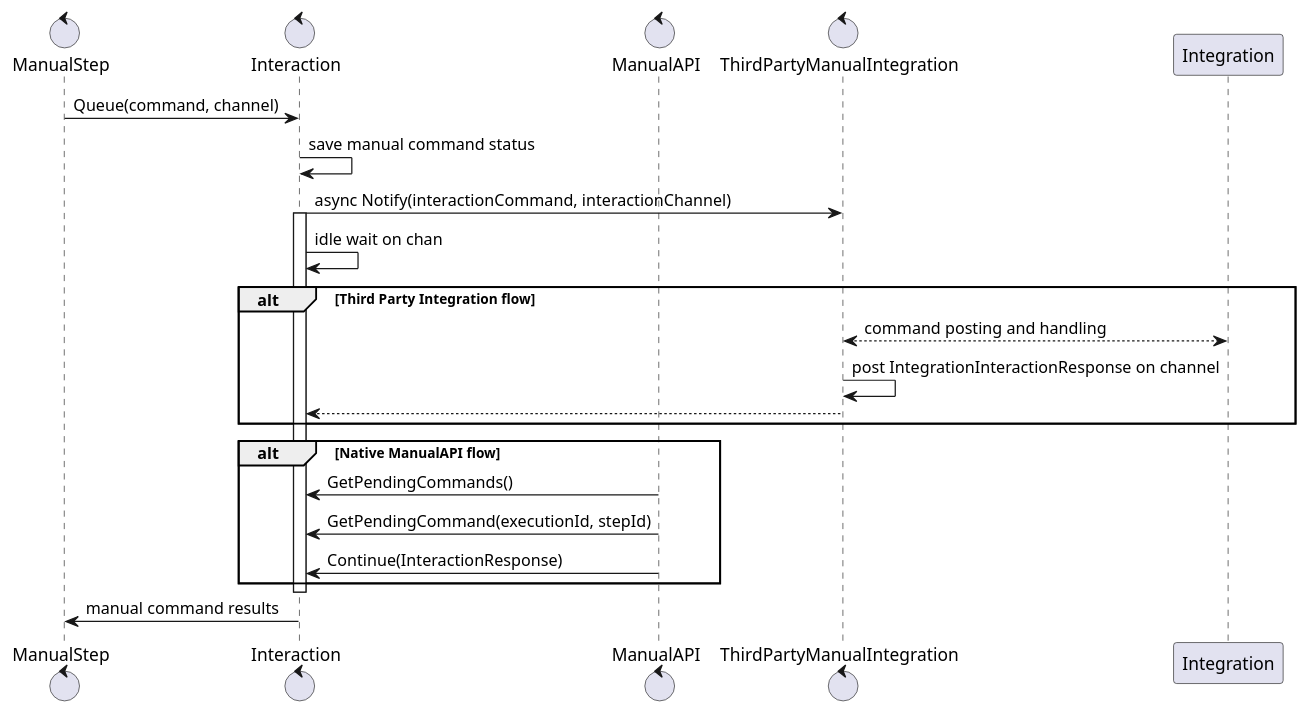
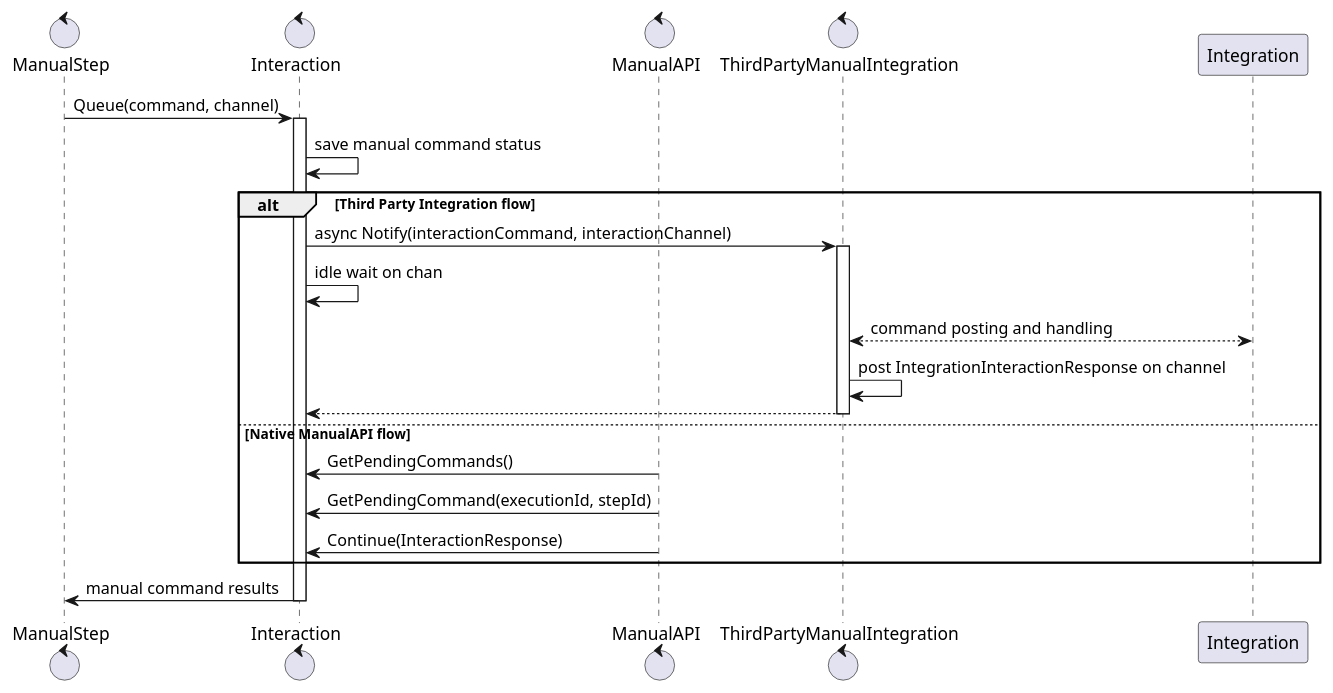
One commit to COSSAS/SOARCA changed the second of 2 diagrams in docs/content/en/docs/core-components/modules.md. Above: the diagram before and after it, drawn with PlantUML.

Commit message:
Updates according to our discussion M&L

````diff
--- a/docs/content/en/docs/core-components/modules.md
+++ b/docs/content/en/docs/core-components/modules.md
@@ -395,30 +395,31 @@
 ```plantuml
 @startuml
 control "ManualStep" as manual
 control "Interaction" as interaction
 control "ManualAPI" as api
 control "ThirdPartyManualIntegration" as 3ptool
 
 
 manual -> interaction : Queue(command, channel)
+activate interaction
 interaction -> interaction : save manual command status
+alt Third Party Integration flow
 interaction -> 3ptool : async Notify(interactionCommand, interactionChannel)
-activate interaction
+activate 3ptool
 interaction -> interaction : idle wait on chan
 
-alt Third Party Integration flow
 3ptool <--> Integration : command posting and handling
 3ptool -> 3ptool : post IntegrationInteractionResponse on channel
 3ptool --> interaction
-end
-alt Native ManualAPI flow
+deactivate 3ptool
+else Native ManualAPI flow
 api -> interaction : GetPendingCommands()
 api -> interaction : GetPendingCommand(executionId, stepId)
 api -> interaction : Continue(InteractionResponse)
 end
 
+interaction -> manual : manual command results
 deactivate interaction
-interaction -> manual : manual command results
 
 @enduml
 ```
````
